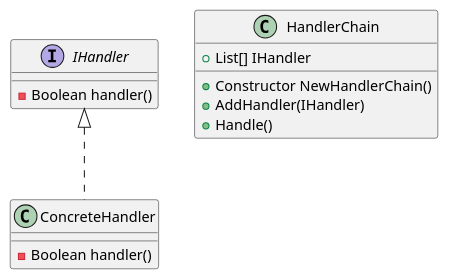
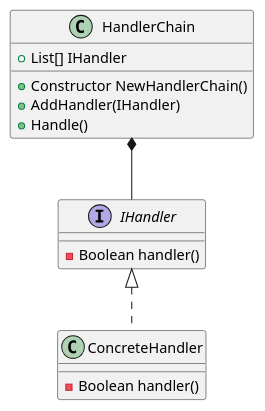
The diagram in 21_responsibility/responsibility.puml (muliniao/golang-design-pattern), drawn with PlantUML before and after one commit. The commit also changed 11 other files, not shown here.

```diff
--- a/21_responsibility/responsibility.puml
+++ b/21_responsibility/responsibility.puml
@@ -1,21 +1,21 @@
 @startuml
 'https://plantuml.com/class-diagram
 
 interface IHandler {
 -Boolean handler()
 }
 
 class ConcreteHandler {
 -Boolean handler()
 }
 
 class HandlerChain {
 +List[] IHandler
 +Constructor NewHandlerChain()
 +AddHandler(IHandler)
 +Handle()
 }
 
 IHandler <|.. ConcreteHandler
-
+HandlerChain *-- IHandler
 @enduml
```
